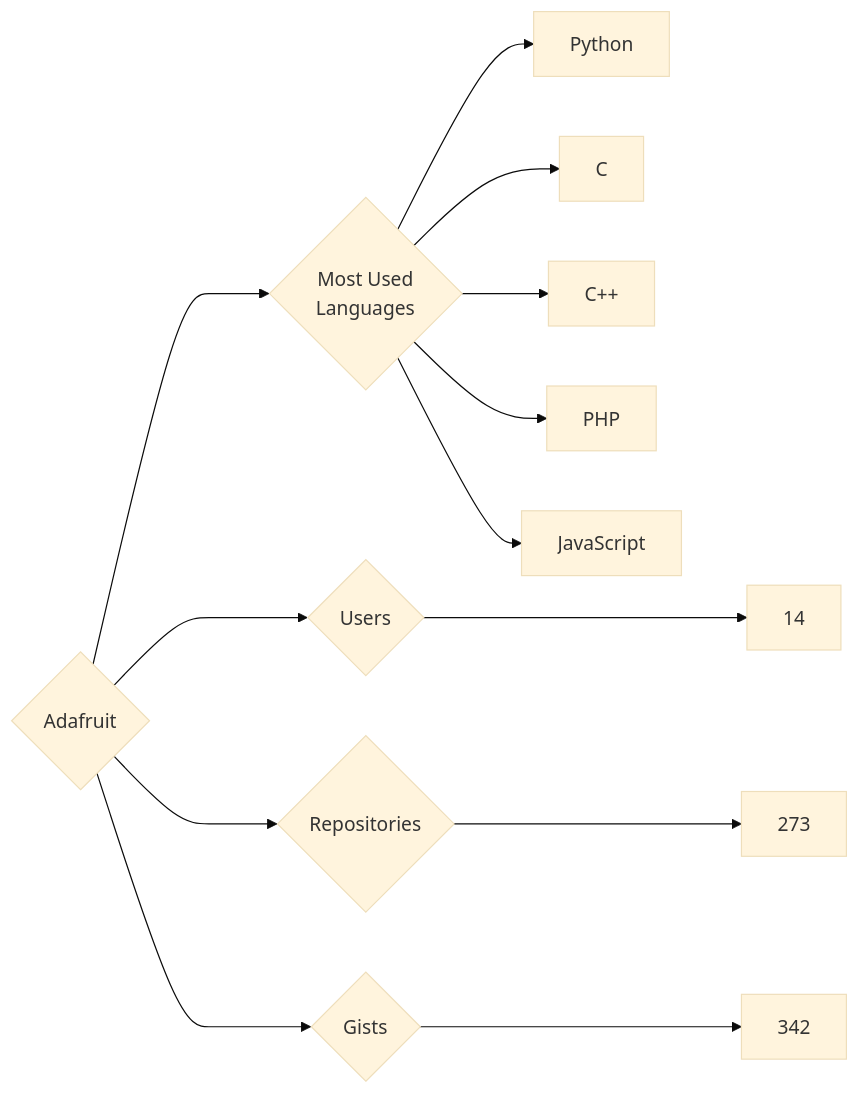
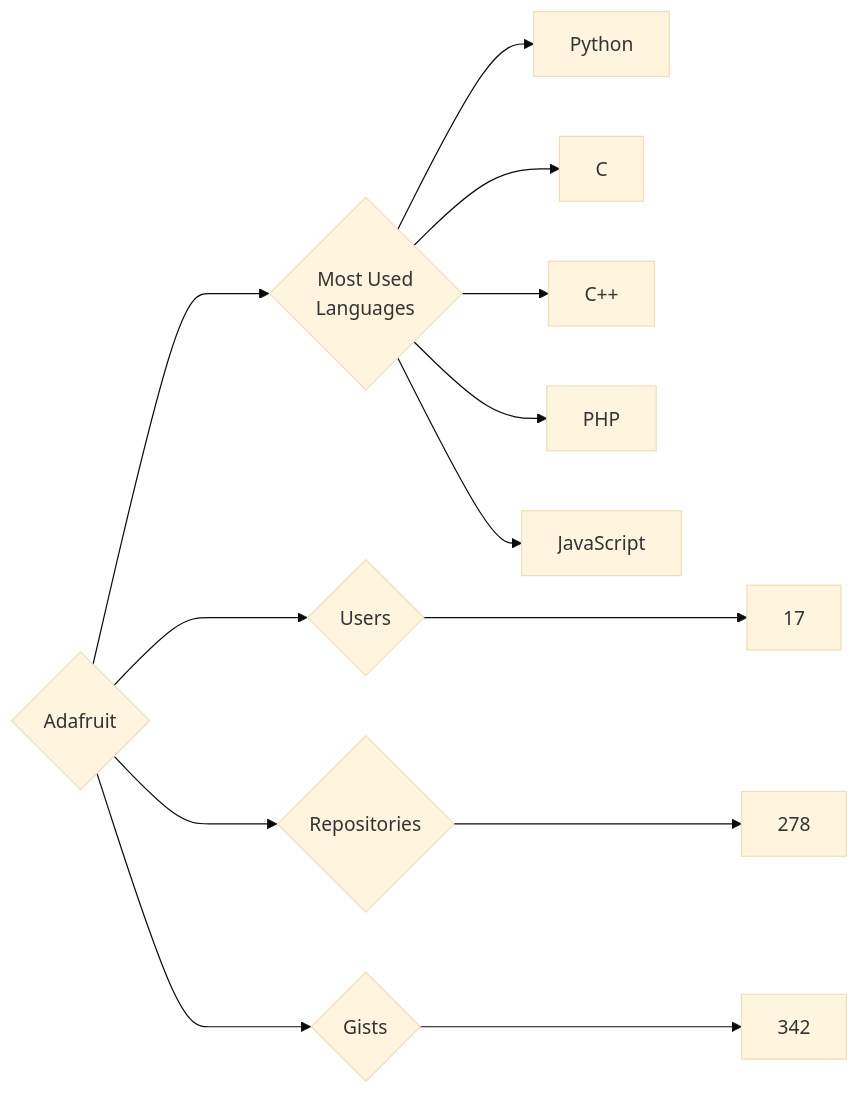
The diagram in targets/Adafruit/README.md (trickest/insiders), drawn with Mermaid (base theme) before and after one commit. The commit also changed 935 other files, not shown here.

````diff
--- a/targets/Adafruit/README.md
+++ b/targets/Adafruit/README.md
@@ -3,13 +3,13 @@
 ```mermaid
 graph LR
 COMPANY_NAME{Adafruit}
-COMPANY_NAME ---> U{Users} ---> UN[14]
-COMPANY_NAME ---> R{Repositories} ---> RN[273]
+COMPANY_NAME ---> U{Users} ---> UN[17]
+COMPANY_NAME ---> R{Repositories} ---> RN[278]
 COMPANY_NAME ---> G{Gists} ---> GN[342]
 COMPANY_NAME ---> ML{Most Used<br>Languages}
 ML --> Python[Python]
 ML --> C[C]
 ML --> C++[C++]
 ML --> PHP[PHP]
 ML --> JavaScript[JavaScript]
 ```
````
